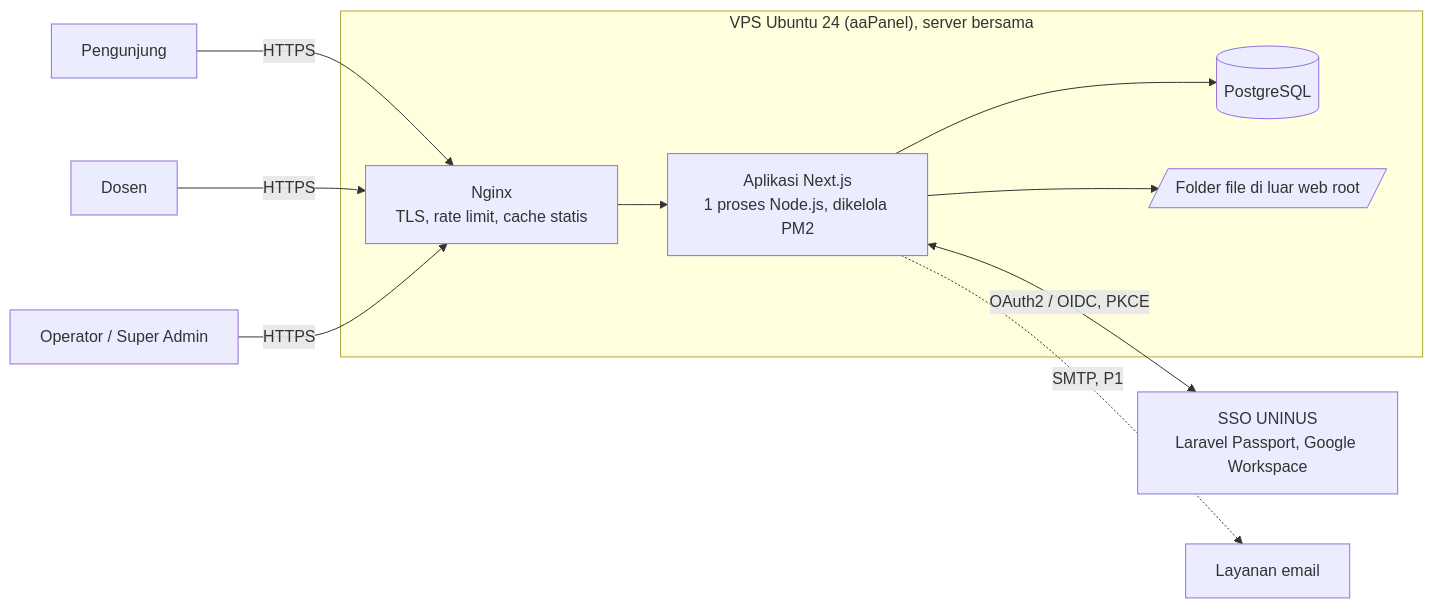
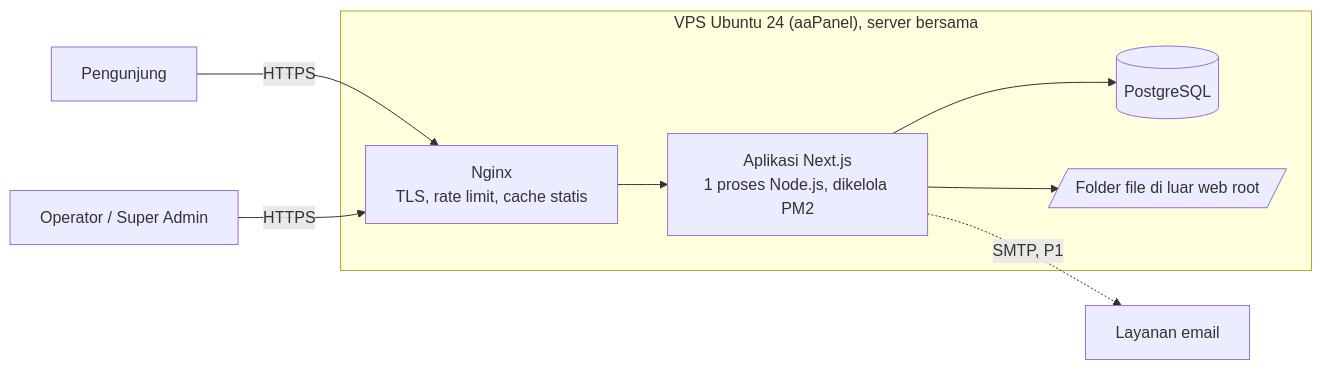
Before and after one commit to blessprometheus/inovasi-uninus: the first of 2 diagrams in docs/SYSTEM_ARCHITECTURE.md, drawn with Mermaid. The commit also changed other lines of this file and 10 other files, not shown here.

````diff
--- a/docs/SYSTEM_ARCHITECTURE.md
+++ b/docs/SYSTEM_ARCHITECTURE.md
@@ -7,13 +9,11 @@
 ```mermaid
 flowchart LR
   V[Pengunjung] -->|HTTPS| N
-  D[Dosen] -->|HTTPS| N
   O[Operator / Super Admin] -->|HTTPS| N
   subgraph VPS["VPS Ubuntu 24 (aaPanel), server bersama"]
     N[Nginx<br/>TLS, rate limit, cache statis] --> A[Aplikasi Next.js<br/>1 proses Node.js, dikelola PM2]
     A --> P[(PostgreSQL)]
     A --> F[/Folder file di luar web root/]
   end
-  A <-->|OAuth2 / OIDC, PKCE| S[SSO UNINUS<br/>Laravel Passport, Google Workspace]
   A -.->|SMTP, P1| M[Layanan email]
 ```
````
